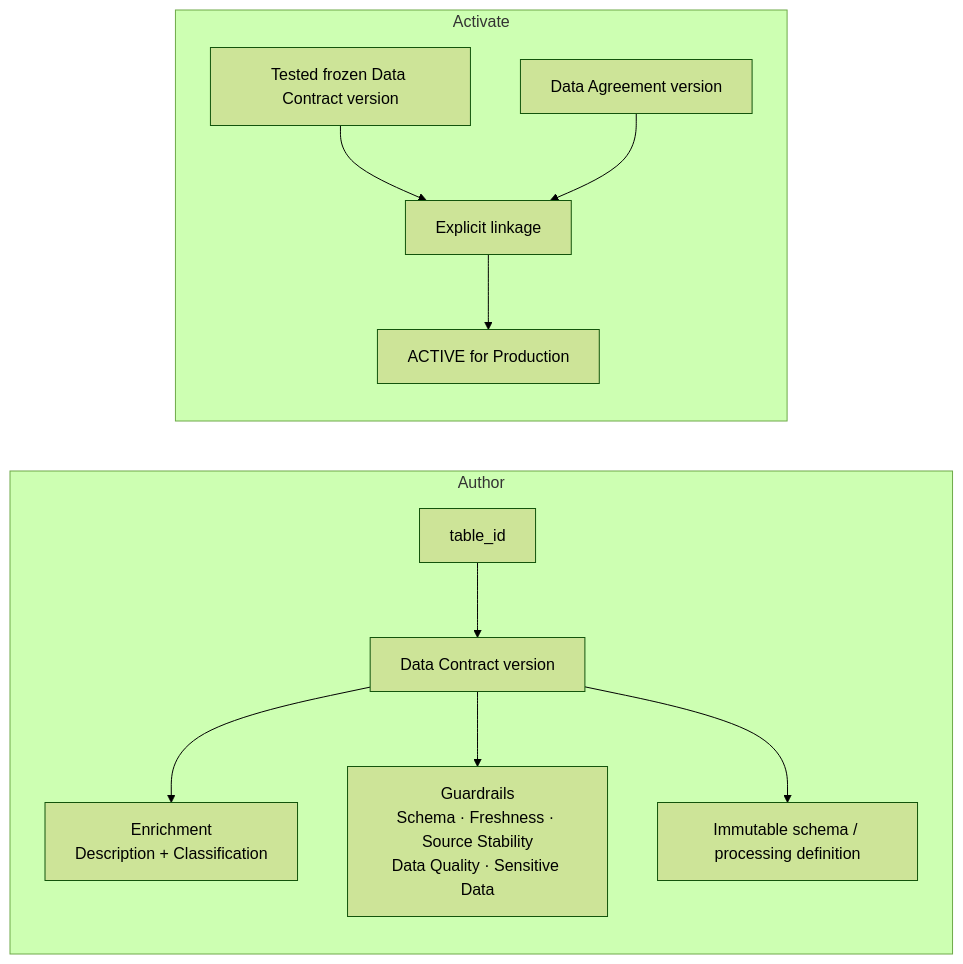
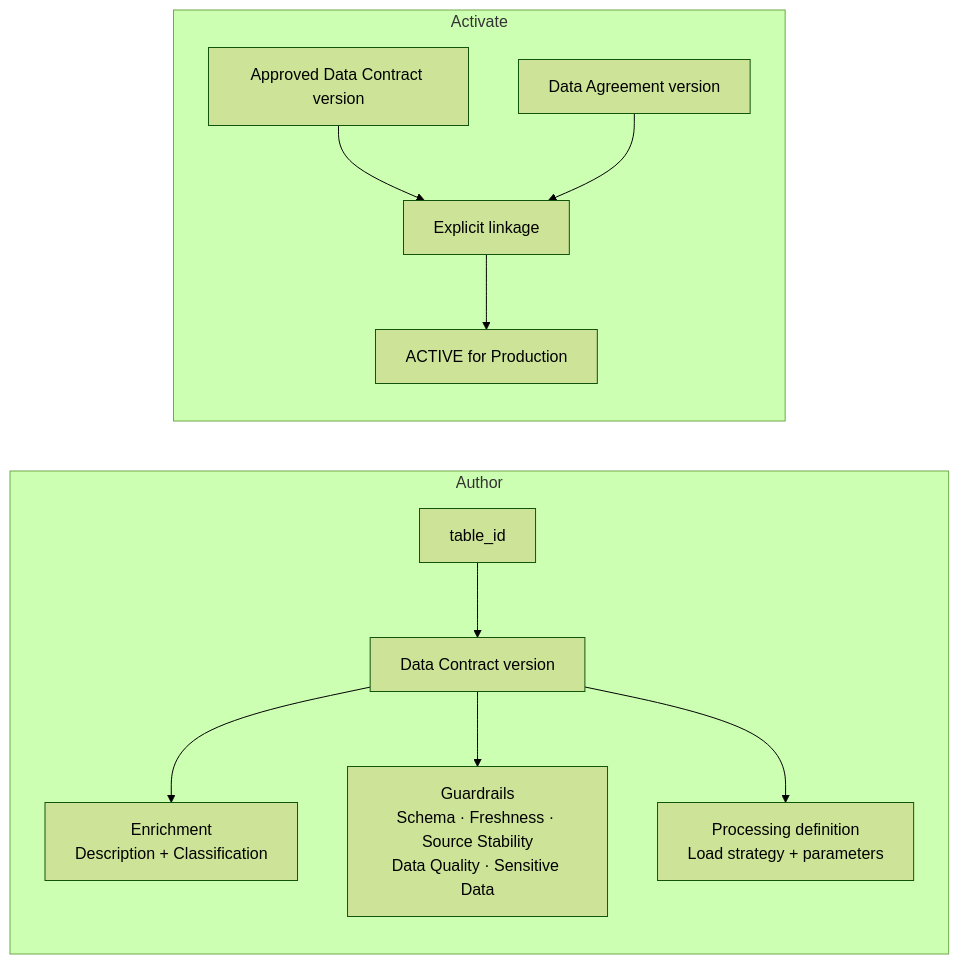
The fourth of 5 diagrams in docs/how-fabricops-works.md (Voycepeh/FabricOps-Starter-Kit), drawn with Mermaid (forest theme) before and after one commit. The commit also changed other lines of this file, not shown here.

Commit message:
Simplify Data Contract explanation

````diff
--- a/docs/how-fabricops-works.md
+++ b/docs/how-fabricops-works.md
@@ -208,14 +192,14 @@
     ```mermaid
     flowchart LR
         subgraph AUTHOR[Author]
             TABLE["table_id"] --> CONTRACT["Data Contract version"]
             CONTRACT --> ENRICH["Enrichment<br/>Description + Classification"]
             CONTRACT --> RULES["Guardrails<br/>Schema · Freshness · Source Stability<br/>Data Quality · Sensitive Data"]
-            CONTRACT --> SNAPSHOT["Immutable schema / processing definition"]
+            CONTRACT --> PROCESS["Processing definition<br/>Load strategy + parameters"]
         end
         subgraph ACTIVATE[Activate]
-            TESTED["Tested frozen Data Contract version"] --> LINK["Explicit linkage"]
+            CONTRACT_VERSION["Approved Data Contract version"] --> LINK["Explicit linkage"]
             AGREEMENT["Data Agreement version"] --> LINK
             LINK --> ACTIVE["ACTIVE for Production"]
         end
     ```
````
